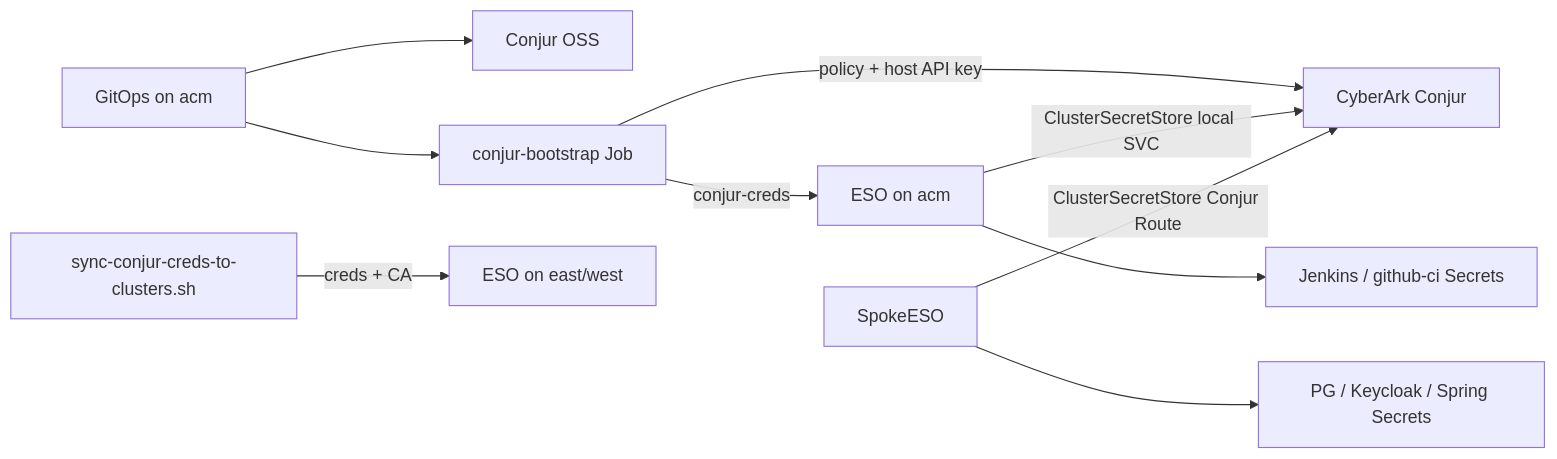
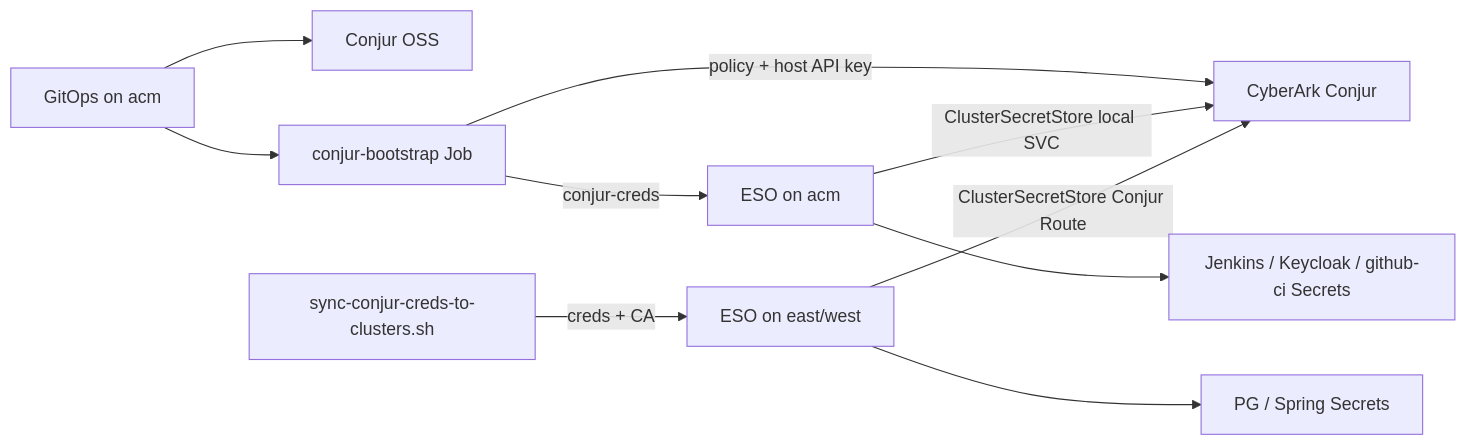
Before and after one commit to panchoraposo/demo-spring: the diagram in docs/secrets-management.md, drawn with Mermaid. The commit also changed other lines of this file and 28 other files, not shown here.

````diff
--- a/docs/secrets-management.md
+++ b/docs/secrets-management.md
@@ -7,12 +7,12 @@
 ```mermaid
 flowchart LR
   ArgoHub[GitOps on acm] --> ConjurHelm[Conjur OSS]
   ArgoHub --> Boot[conjur-bootstrap Job]
   Boot -->|policy + host API key| Conjur[CyberArk Conjur]
   Boot -->|conjur-creds| HubESO[ESO on acm]
   Sync[sync-conjur-creds-to-clusters.sh] -->|creds + CA| ClusterESO[ESO on east/west]
   HubESO -->|ClusterSecretStore local SVC| Conjur
-  SpokeESO -->|ClusterSecretStore Conjur Route| Conjur
-  SpokeESO --> AppSecrets[PG / Keycloak / Spring Secrets]
-  HubESO --> CiSecrets[Jenkins / github-ci Secrets]
+  ClusterESO -->|ClusterSecretStore Conjur Route| Conjur
+  ClusterESO --> AppSecrets[PG / Spring Secrets]
+  HubESO --> HubSecrets[Jenkins / Keycloak / github-ci Secrets]
 ```
````
